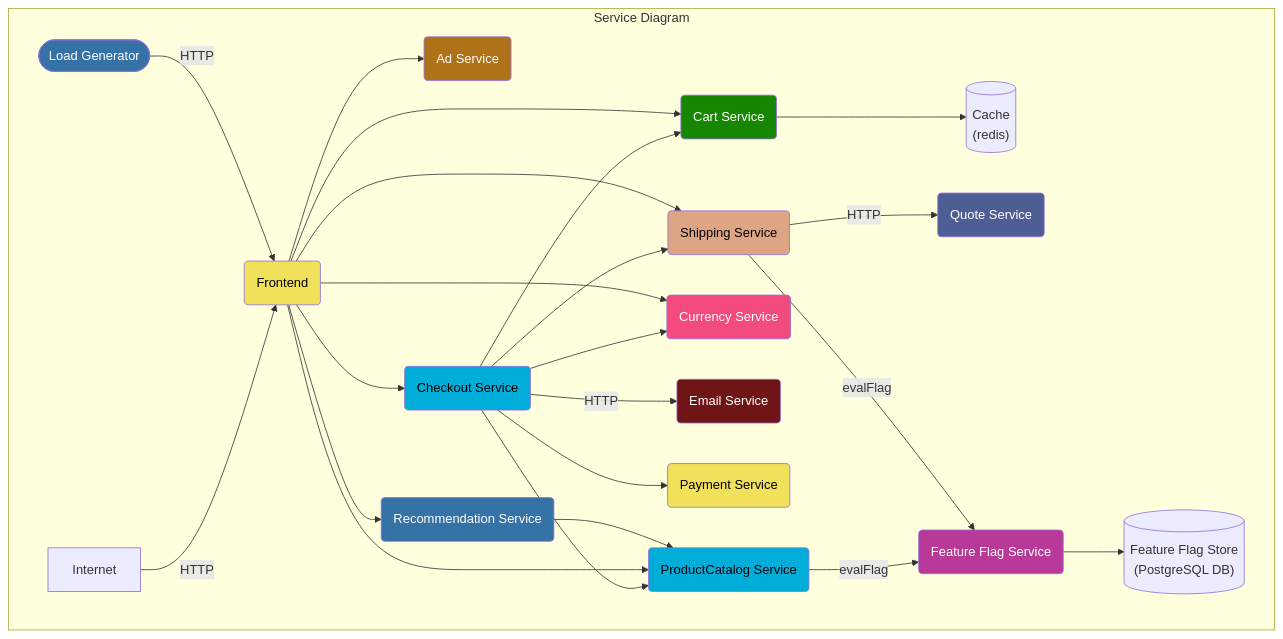
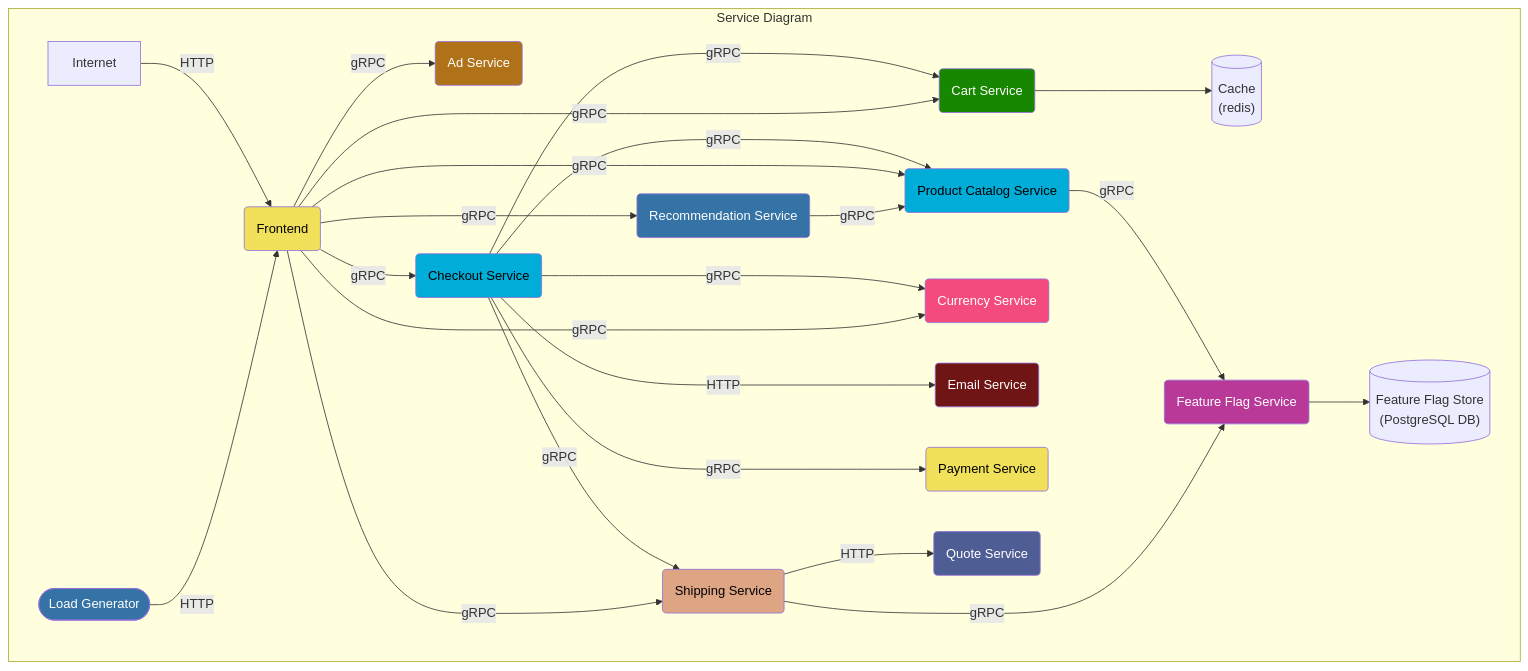
The first of 2 diagrams in README.md (mohamed3637/opentelemetry-demo), drawn with Mermaid before and after one commit.

Commit message:
Doc/improve mermaid chart (#404)

````diff
--- a/README.md
+++ b/README.md
@@ -35,56 +35,56 @@
 ```mermaid
 graph TD
 
 subgraph Service Diagram
 adservice(Ad Service):::java
 cache[(Cache<br/>&#40redis&#41)]
 cartservice(Cart Service):::dotnet
 checkoutservice(Checkout Service):::golang
 currencyservice(Currency Service):::cpp
 emailservice(Email Service):::ruby
 frontend(Frontend):::javascript
 loadgenerator([Load Generator]):::python
 paymentservice(Payment Service):::javascript
-productcatalogservice(ProductCatalog Service):::golang
+productcatalogservice(Product Catalog Service):::golang
 quoteservice(Quote Service):::php
 recommendationservice(Recommendation Service):::python
 shippingservice(Shipping Service):::rust
 featureflagservice(Feature Flag Service):::erlang
 featureflagstore[(Feature Flag Store<br/>&#40PostgreSQL DB&#41)]
 
 Internet -->|HTTP| frontend
 loadgenerator -->|HTTP| frontend
 
-checkoutservice --> cartservice --> cache
-checkoutservice --> productcatalogservice
-checkoutservice --> currencyservice
-checkoutservice -->|HTTP| emailservice
-checkoutservice --> paymentservice
-checkoutservice --> shippingservice
+checkoutservice --->|gRPC| cartservice --> cache
+checkoutservice --->|gRPC| productcatalogservice
+checkoutservice --->|gRPC| currencyservice
+checkoutservice --->|HTTP| emailservice
+checkoutservice --->|gRPC| paymentservice
+checkoutservice -->|gRPC| shippingservice
 
-frontend --> adservice
-frontend --> cartservice
-frontend --> productcatalogservice
-frontend --> checkoutservice
-frontend --> currencyservice
-frontend --> recommendationservice --> productcatalogservice
-frontend --> shippingservice -->|HTTP| quoteservice
+frontend -->|gRPC| adservice
+frontend -->|gRPC| cartservice
+frontend -->|gRPC| productcatalogservice
+frontend -->|gRPC| checkoutservice
+frontend -->|gRPC| currencyservice
+frontend -->|gRPC| recommendationservice -->|gRPC| productcatalogservice
+frontend -->|gRPC| shippingservice -->|HTTP| quoteservice
 
-productcatalogservice --> |evalFlag| featureflagservice
+productcatalogservice -->|gRPC| featureflagservice
 
-shippingservice --> |evalFlag| featureflagservice
+shippingservice -->|gRPC| featureflagservice
 
 featureflagservice --> featureflagstore
 
 end
 classDef java fill:#b07219,color:white;
 classDef dotnet fill:#178600,color:white;
 classDef golang fill:#00add8,color:black;
 classDef cpp fill:#f34b7d,color:white;
 classDef ruby fill:#701516,color:white;
 classDef python fill:#3572A5,color:white;
 classDef javascript fill:#f1e05a,color:black;
 classDef rust fill:#dea584,color:black;
 classDef erlang fill:#b83998,color:white;
 classDef php fill:#4f5d95,color:white;
 ```
````
